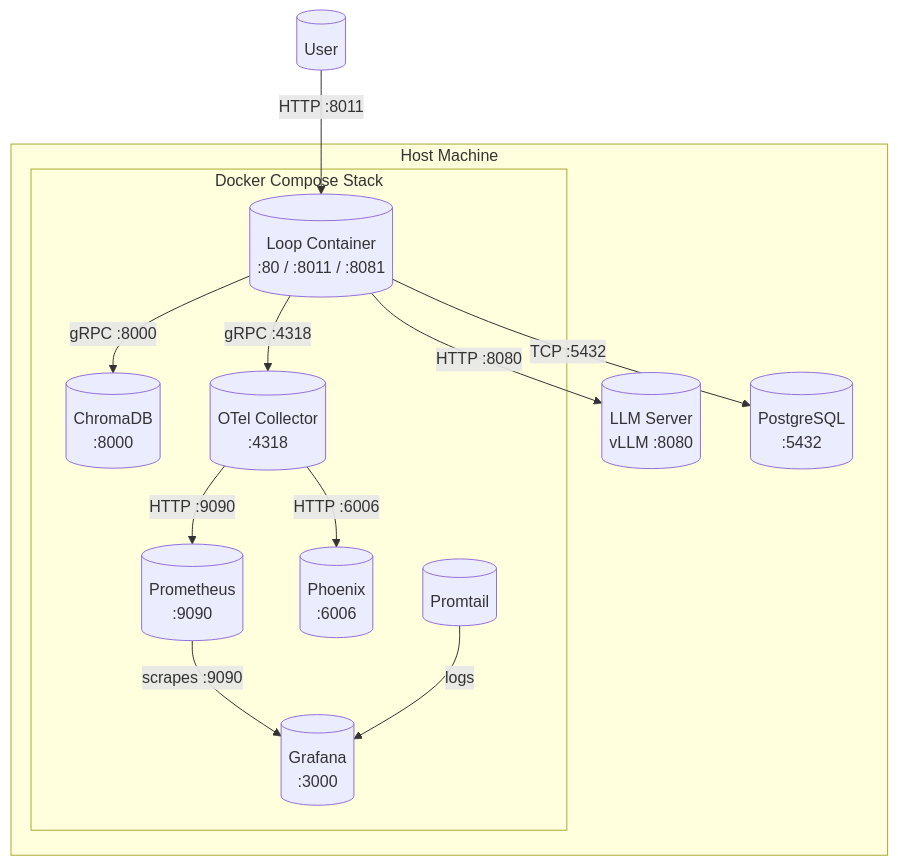
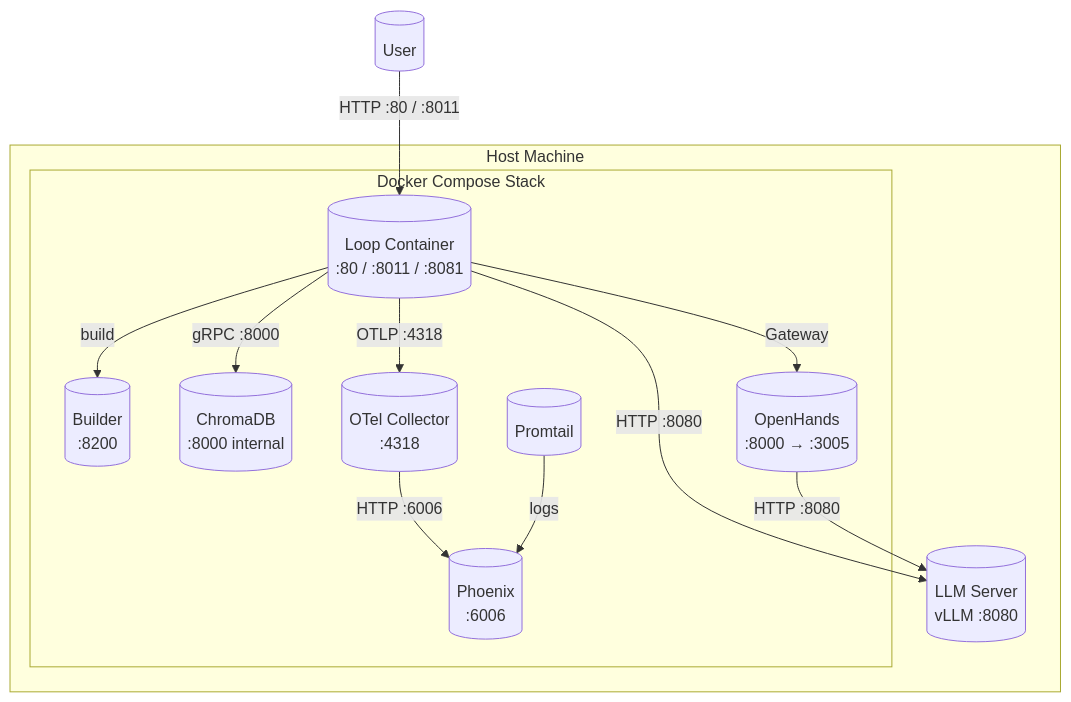
The fourth of 4 diagrams in README.md (terrygzhou/loop_engineering_factory), drawn with Mermaid before and after one commit. The commit also changed other lines of this file, not shown here.

First line of the commit message:
docs: update diagrams to match current 9-phase codebase

````diff
--- a/README.md
+++ b/README.md
@@ -175,29 +165,28 @@
 ```mermaid
 graph TB
     U[("User")]
 
     subgraph Host["Host Machine"]
         LLM_C[("LLM Server\nvLLM :8080")]
-        DB[("PostgreSQL\n:5432")]
 
         subgraph DockerStack["Docker Compose Stack"]
             LC[("Loop Container\n:80 / :8011 / :8081")]
-            CC[("ChromaDB\n:8000")]
+            BLD[("Builder\n:8200")]
+            CC[("ChromaDB\n:8000 internal")]
             OC[("OTel Collector\n:4318")]
-            PC[("Prometheus\n:9090")]
-            GC[("Grafana\n:3000")]
             PH[("Phoenix\n:6006")]
+            OH[("OpenHands\n:8000 → :3005")]
             PT[("Promtail")]
         end
     end
 
-    U -->|"HTTP :8011"| LC
+    U -->|"HTTP :80 / :8011"| LC
     LC -->|"gRPC :8000"| CC
-    LC -->|"gRPC :4318"| OC
+    LC -->|"OTLP :4318"| OC
     LC -->|"HTTP :8080"| LLM_C
-    LC -->|"TCP :5432"| DB
+    LC -->|"Gateway"| OH
+    LC -->|"build"| BLD
+    OH -->|"HTTP :8080"| LLM_C
     OC -->|"HTTP :6006"| PH
-    OC -->|"HTTP :9090"| PC
-    PC -->|"scrapes :9090"| GC
-    PT -->|"logs"| GC
+    PT -->|"logs"| PH
 ```
````
